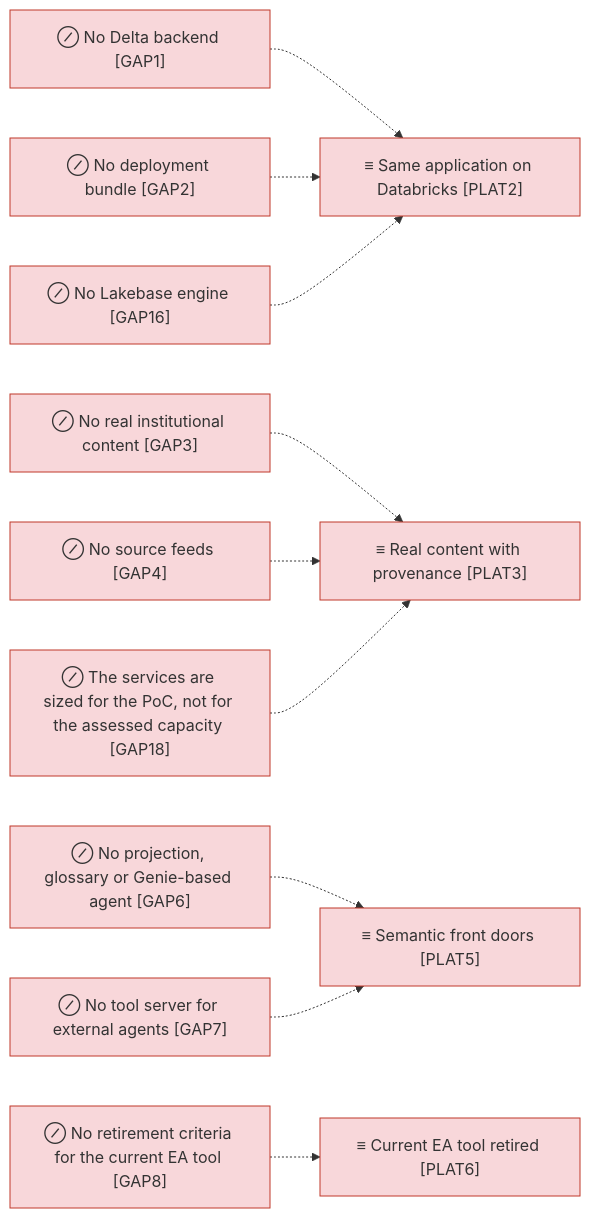
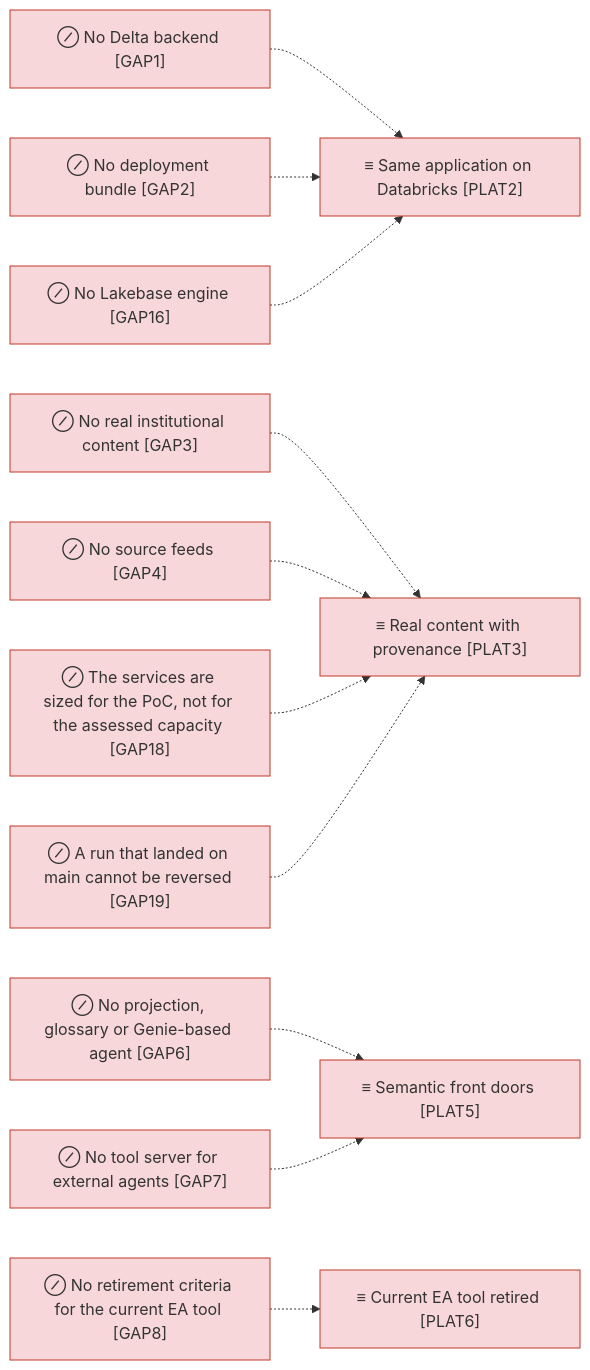
One commit to roanboc/dbx-enterprise-architecture changed the third of 4 diagrams in architecture/6_transition/1_target-state.md. Above: the diagram before and after it, drawn with Mermaid. The commit also changed other lines of this file and 22 other files, not shown here.

````diff
--- a/architecture/6_transition/1_target-state.md
+++ b/architecture/6_transition/1_target-state.md
@@ -55,27 +55,29 @@
 ```mermaid
 flowchart LR
   p2["≡ Same application on Databricks [PLAT2]"]:::implementation
   p3["≡ Real content with provenance [PLAT3]"]:::implementation
   p5["≡ Semantic front doors [PLAT5]"]:::implementation
   p6["≡ Current EA tool retired [PLAT6]"]:::implementation
   g1["⊘ No Delta backend [GAP1]"]:::implementation
   g2["⊘ No deployment bundle [GAP2]"]:::implementation
   g16["⊘ No Lakebase engine [GAP16]"]:::implementation
   g3["⊘ No real institutional content [GAP3]"]:::implementation
   g4["⊘ No source feeds [GAP4]"]:::implementation
   g6["⊘ No projection, glossary or Genie-based agent [GAP6]"]:::implementation
   g7["⊘ No tool server for external agents [GAP7]"]:::implementation
   g8["⊘ No retirement criteria for the current EA tool [GAP8]"]:::implementation
   g18["⊘ The services are sized for the PoC, not for the assessed capacity [GAP18]"]:::implementation
+  g19["⊘ A run that landed on main cannot be reversed [GAP19]"]:::implementation
   g1 -.-> p2
   g2 -.-> p2
   g16 -.-> p2
   g3 -.-> p3
   g4 -.-> p3
   g6 -.-> p5
   g7 -.-> p5
   g8 -.-> p6
   g18 -.-> p3
+  g19 -.-> p3
 
   classDef implementation fill:#f8d7da,stroke:#c0392b,color:#333
 ```
````
